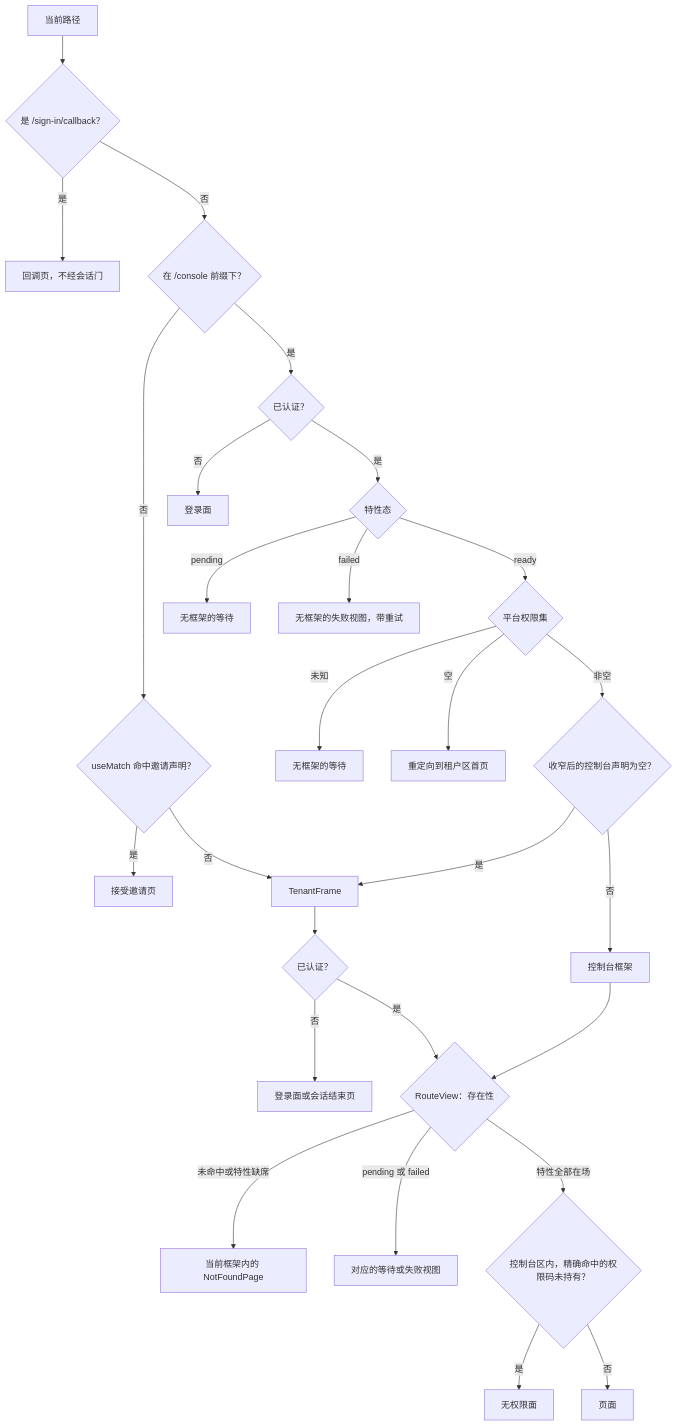
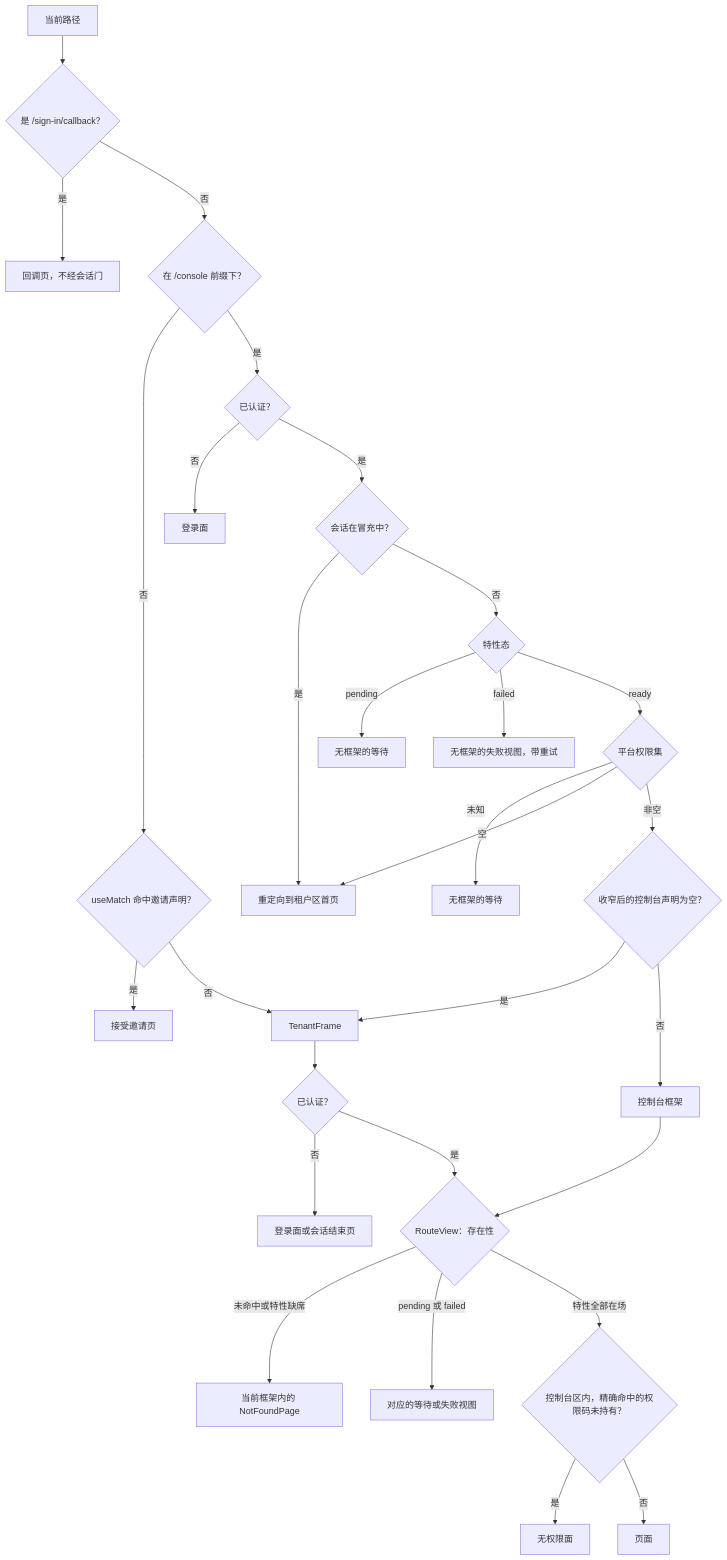
Before and after one commit to wangzw/speed: the second of 2 diagrams in docs/design/modules/design-starters.md, drawn with Mermaid. The commit also changed other lines of this file, not shown here.

````diff
--- a/docs/design/modules/design-starters.md
+++ b/docs/design/modules/design-starters.md
@@ -187,29 +187,31 @@
 ```mermaid
 flowchart TD
     path["当前路径"] --> cb{"是 /sign-in/callback？"}
     cb -->|是| cbpage["回调页，不经会话门"]
     cb -->|否| area{"在 /console 前缀下？"}
     area -->|否| inv{"useMatch 命中邀请声明？"}
     inv -->|是| accept["接受邀请页"]
     inv -->|否| tframe["TenantFrame"]
     tframe --> tauth{"已认证？"}
     tauth -->|否| tanon["登录面或会话结束页"]
     tauth -->|是| exist{"RouteView：存在性"}
     area -->|是| cauth{"已认证？"}
     cauth -->|否| csign["登录面"]
-    cauth -->|是| fstate{"特性态"}
+    cauth -->|是| imp{"会话在冒充中？"}
+    imp -->|是| home
+    imp -->|否| fstate{"特性态"}
     fstate -->|pending| cwait["无框架的等待"]
     fstate -->|failed| cfail["无框架的失败视图，带重试"]
     fstate -->|ready| perms{"平台权限集"}
     perms -->|未知| pwait["无框架的等待"]
     perms -->|空| home["重定向到租户区首页"]
     perms -->|非空| narrowed{"收窄后的控制台声明为空？"}
     narrowed -->|是| tframe
     narrowed -->|否| cframe["控制台框架"]
     cframe --> exist
     exist -->|未命中或特性缺席| notfound["当前框架内的 NotFoundPage"]
     exist -->|pending 或 failed| gated["对应的等待或失败视图"]
     exist -->|特性全部在场| guard{"控制台区内，精确命中的权限码未持有？"}
     guard -->|是| denied["无权限面"]
     guard -->|否| page["页面"]
 ```
````
